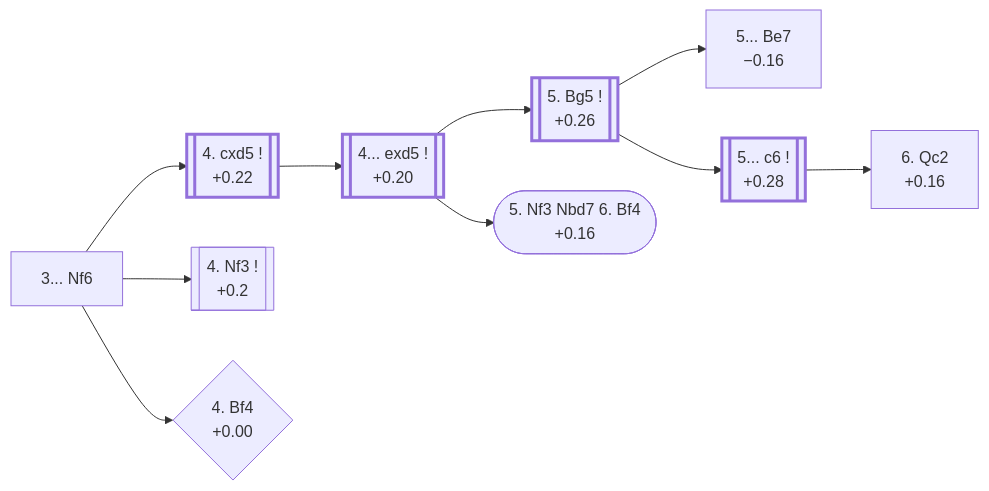
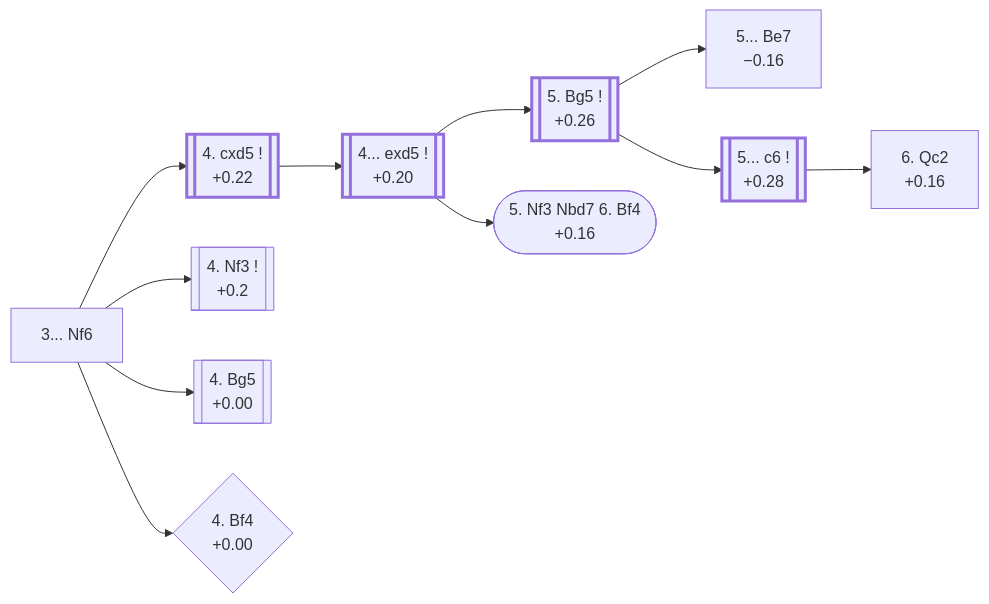
Before and after one commit to onclemarcel/chess_flashcards: the diagram in d4_openings/D35_Queens_Gambit_Declined_Normal_Defense.md, drawn with Mermaid. The commit also changed other lines of this file and 13 other files, not shown here.

````diff
--- a/d4_openings/D35_Queens_Gambit_Declined_Normal_Defense.md
+++ b/d4_openings/D35_Queens_Gambit_Declined_Normal_Defense.md
@@ -12,29 +12,31 @@
 ```mermaid
 flowchart LR
     classDef main stroke-width:3px;
 
     Nf6["3... Nf6"]
     click Nf6 "#_initial_move_" "D35 · Queen's Gambit Declined: Normal Defense"
 
     Nf6 --> cxd5v[["4. cxd5 !<br/>+0.22"]]:::main
     click cxd5v "#_Exchange_" "D35 · Queen's Gambit Declined: Exchange Variation"
     Nf6 --> Nf3v[["4. Nf3 !<br/>+0.2"]]
     click Nf3v "https://github.com/onclemarcel/chess_flashcards/blob/main/d4_openings/D37_Queens_Gambit_Declined_Three_Knights_Variation.md" "D37 · Queen's Gambit Declined: Three Knights Variation"
+    Nf6 --> Bg5rv[["4. Bg5<br/>+0.00"]]
+    click Bg5rv "https://github.com/onclemarcel/chess_flashcards/blob/main/d4_openings/D50_Queens_Gambit_Declined_Bg5.md" "D50 · Queen's Gambit Declined: Modern Variation"
     Nf6 --> Bf4v{"4. Bf4<br/>+0.00"}
     click Bf4v "#_Harrwitz_" "D35 · Queen's Gambit Declined: Harrwitz Attack"
 
     cxd5v --> exd5v[["4... exd5 !<br/>+0.20"]]:::main
     click exd5v "#_exd5_" "D35 · Queen's Gambit Declined: Normal Defense"
     exd5v --> Bg5b[["5. Bg5 !<br/>+0.26"]]:::main
     click Bg5b "#_Positional_" "D35 · Queen's Gambit Declined: Exchange Variation, Positional Variation"
     exd5v --> SaemischNode(["5. Nf3 Nbd7 6. Bf4<br/>+0.16"])
     click SaemischNode "#_Saemisch_" "D35 · Queen's Gambit Declined: Exchange Variation, Sämisch Variation"
 
     Bg5b --> Be7v["5... Be7<br/>−0.16"]
     click Be7v "#_Chameleon_" "D35 · Queen's Gambit Declined: Exchange, Chameleon Variation"
     Bg5b --> c6v[["5... c6 !<br/>+0.28"]]:::main
     click c6v "#_Positional5c6_" "D35 · Queen's Gambit Declined: Exchange Variation, Positional Variation"
 
     c6v --> Qc2v["6. Qc2<br/>+0.16"]
     click Qc2v "https://github.com/onclemarcel/chess_flashcards/blob/main/d4_openings/D36_Queens_Gambit_Declined_Exchange_Positional_Qc2.md" "D36 · Queen's Gambit Declined: Exchange, Positional, 6.Qc2"
 ```
````
